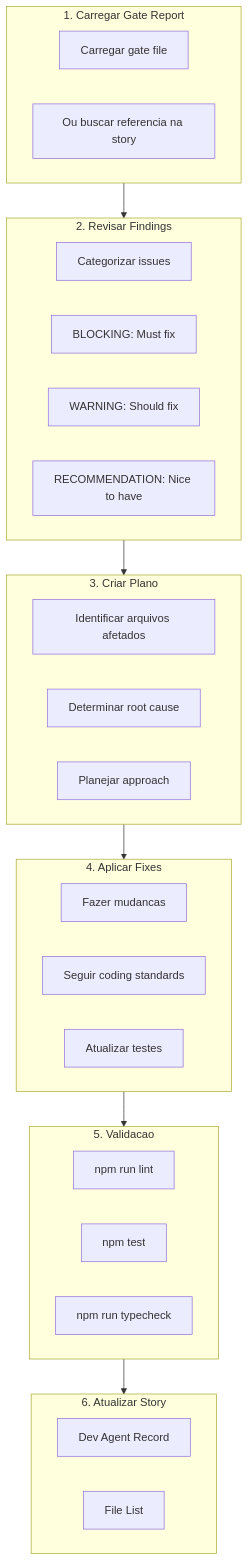
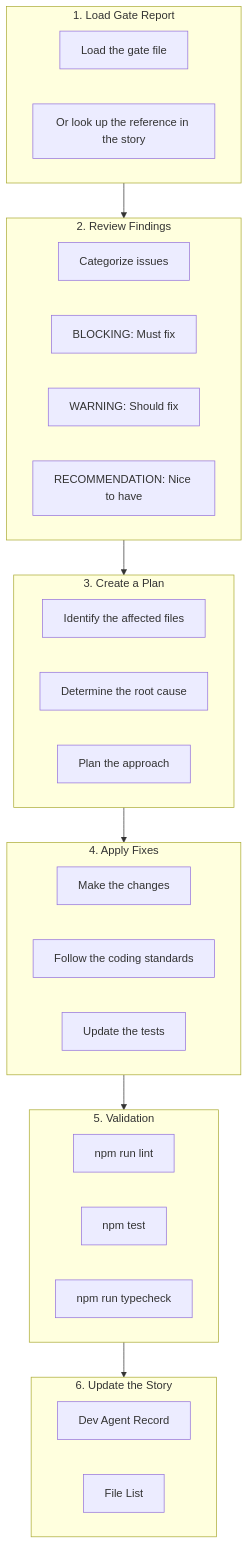
One commit to CyryxLabs/AEXOS changed the eighth of 10 diagrams in docs/guides/workflows/QA-LOOP-WORKFLOW.md. Above: the diagram before and after it, drawn with Mermaid. The commit also changed other lines of this file and 528 other files, not shown here.

````diff
--- a/docs/guides/workflows/QA-LOOP-WORKFLOW.md
+++ b/docs/guides/workflows/QA-LOOP-WORKFLOW.md
@@ -611,39 +611,39 @@
 ```mermaid
 flowchart TD
-    subgraph LOAD["1. Carregar Gate Report"]
-        L1["Carregar gate file"]
-        L2["Ou buscar referencia na story"]
+    subgraph LOAD["1. Load Gate Report"]
+        L1["Load the gate file"]
+        L2["Or look up the reference in the story"]
     end
 
-    subgraph REVIEW["2. Revisar Findings"]
-        R1["Categorizar issues"]
+    subgraph REVIEW["2. Review Findings"]
+        R1["Categorize issues"]
         R2["BLOCKING: Must fix"]
         R3["WARNING: Should fix"]
         R4["RECOMMENDATION: Nice to have"]
     end
 
-    subgraph PLAN["3. Criar Plano"]
-        P1["Identificar arquivos afetados"]
-        P2["Determinar root cause"]
-        P3["Planejar approach"]
+    subgraph PLAN["3. Create a Plan"]
+        P1["Identify the affected files"]
+        P2["Determine the root cause"]
+        P3["Plan the approach"]
     end
 
-    subgraph FIX["4. Aplicar Fixes"]
-        F1["Fazer mudancas"]
-        F2["Seguir coding standards"]
-        F3["Atualizar testes"]
+    subgraph FIX["4. Apply Fixes"]
+        F1["Make the changes"]
+        F2["Follow the coding standards"]
+        F3["Update the tests"]
     end
 
-    subgraph VALIDATE["5. Validacao"]
+    subgraph VALIDATE["5. Validation"]
         V1["npm run lint"]
         V2["npm test"]
         V3["npm run typecheck"]
     end
 
-    subgraph UPDATE["6. Atualizar Story"]
+    subgraph UPDATE["6. Update the Story"]
         U1["Dev Agent Record"]
         U2["File List"]
     end
 
     LOAD --> REVIEW --> PLAN --> FIX --> VALIDATE --> UPDATE
 ```
````
